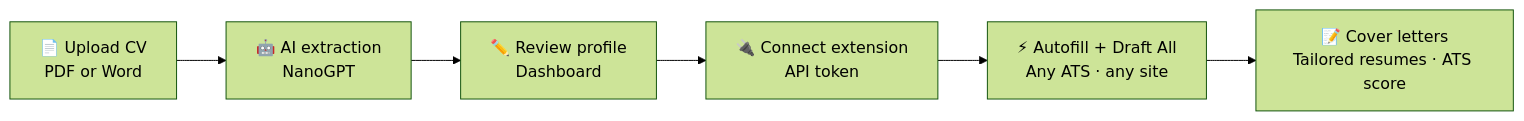
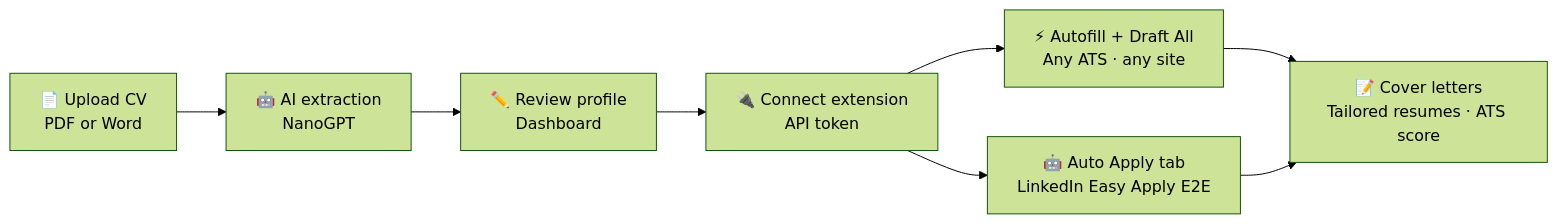
Before and after one commit to tmwclaxton/autoapplycv: the first of 4 diagrams in README.md, drawn with Mermaid (forest theme). The commit also changed other lines of this file and 56 other files, not shown here.

First line of the commit message:
Harden LinkedIn Auto Apply v2.24.8 and expand live capture corpus.

````diff
--- a/README.md
+++ b/README.md
@@ -94,8 +95,10 @@
 ```mermaid
 flowchart LR
     A["📄 Upload CV<br/>PDF or Word"] --> B["🤖 AI extraction<br/>NanoGPT"]
     B --> C["✏️ Review profile<br/>Dashboard"]
     C --> D["🔌 Connect extension<br/>API token"]
     D --> E["⚡ Autofill + Draft All<br/>Any ATS · any site"]
+    D --> L["🤖 Auto Apply tab<br/>LinkedIn Easy Apply E2E"]
     E --> F["📝 Cover letters<br/>Tailored resumes · ATS score"]
+    L --> F
 ```
````
